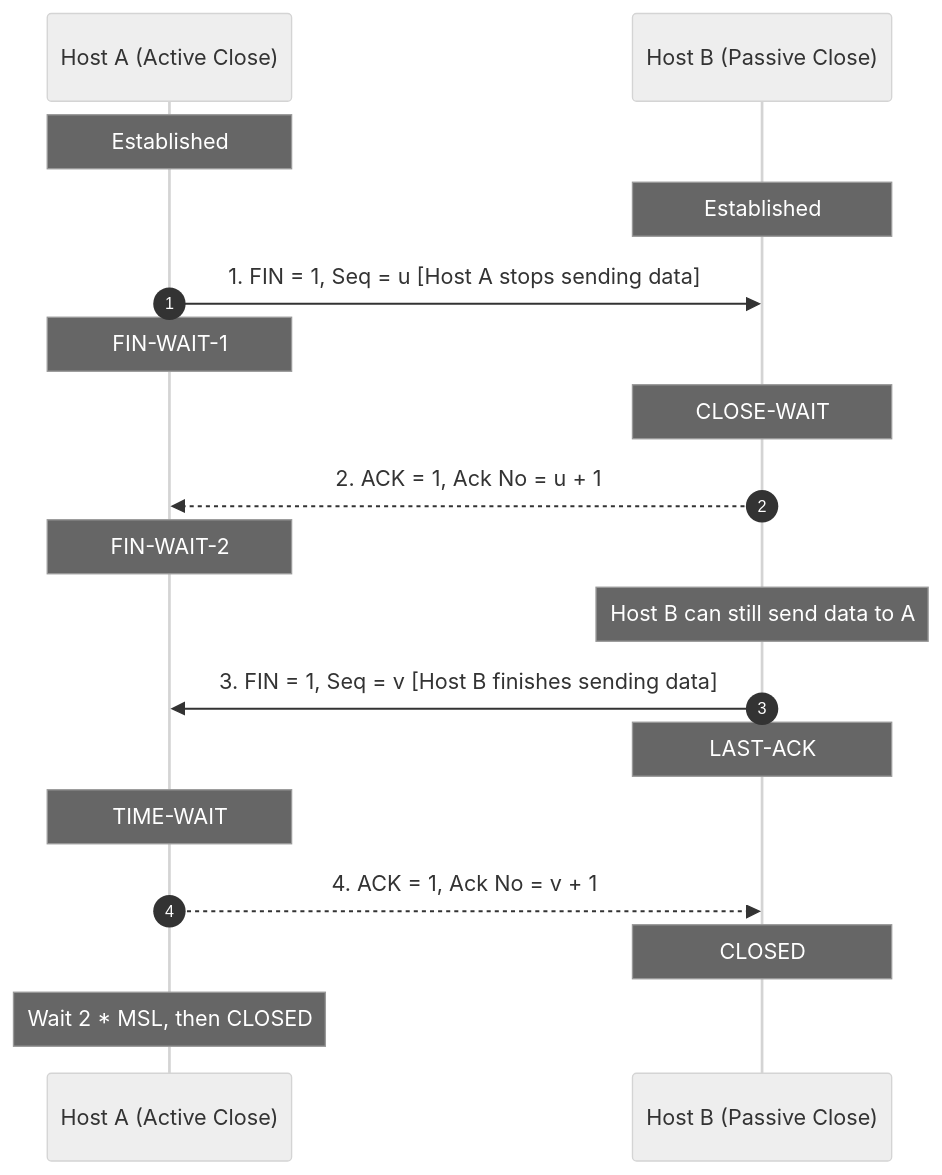
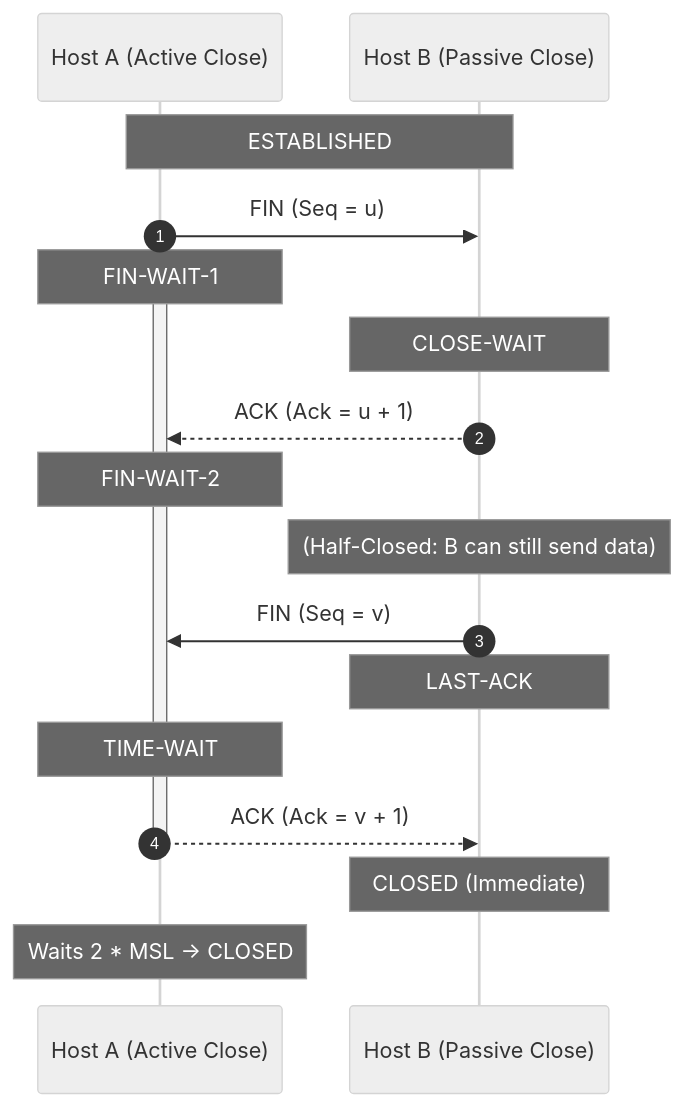
The diagram in notes/TCP - Connection Termination Handshake.md (skc-coder/notevault), drawn with Mermaid (neutral theme) before and after one commit. The commit also changed other lines of this file and 60 other files, not shown here.

`````diff
--- a/notes/TCP - Connection Termination Handshake.md
+++ b/notes/TCP - Connection Termination Handshake.md
@@ -3,21 +18,22 @@
 ```mermaid
 sequenceDiagram
     autonumber
-    participant HostA as Host A (Active Close)
-    participant HostB as Host B (Passive Close)
+    participant A as Host A (Active Close)
+    participant B as Host B (Passive Close)
 
-    Note over HostA: Established
-    Note over HostB: Established
-    HostA->>HostB: 1. FIN = 1, Seq = u [Host A stops sending data]
-    Note over HostA: FIN-WAIT-1
-    Note over HostB: CLOSE-WAIT
-    HostB-->>HostA: 2. ACK = 1, Ack No = u + 1
-    Note over HostA: FIN-WAIT-2
-    Note over HostB: Host B can still send data to A
-    HostB->>HostA: 3. FIN = 1, Seq = v [Host B finishes sending data]
-    Note over HostB: LAST-ACK
-    Note over HostA: TIME-WAIT
-    HostA-->>HostB: 4. ACK = 1, Ack No = v + 1
-    Note over HostB: CLOSED
-    Note over HostA: Wait 2 * MSL, then CLOSED
-```
+    Note over A,B: ESTABLISHED
+    A->>B: FIN (Seq = u)
+    activate A
+    Note over A: FIN-WAIT-1
+    Note over B: CLOSE-WAIT
+    B-->>A: ACK (Ack = u + 1)
+    Note over A: FIN-WAIT-2
+    Note over B: (Half-Closed: B can still send data)
+    B->>A: FIN (Seq = v)
+    Note over B: LAST-ACK
+    Note over A: TIME-WAIT
+    A-->>B: ACK (Ack = v + 1)
+    deactivate A
+    Note over B: CLOSED (Immediate)
+    Note over A: Waits 2 * MSL -> CLOSED
+````
`````
